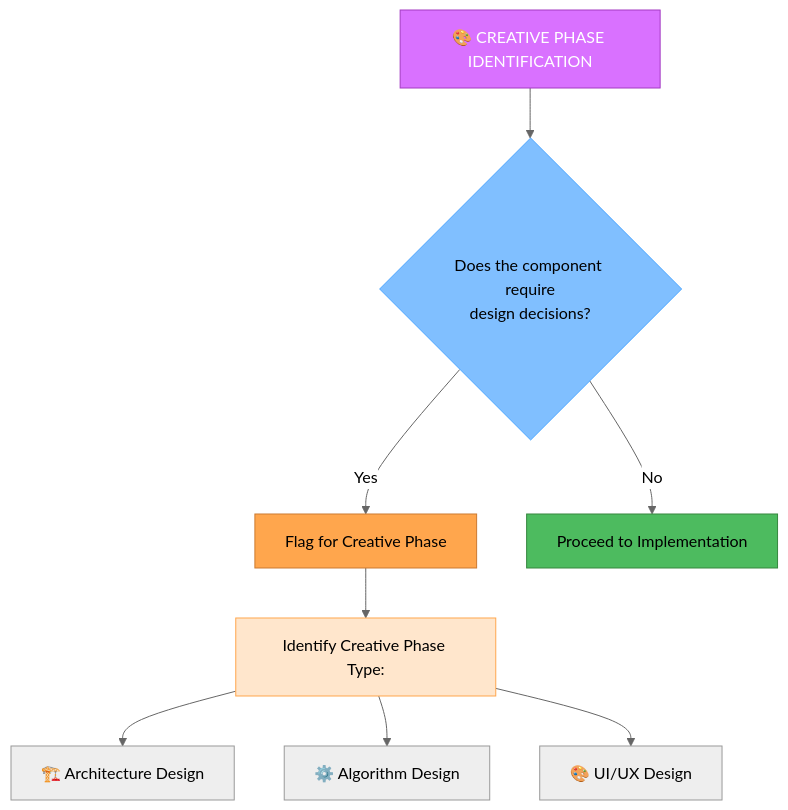
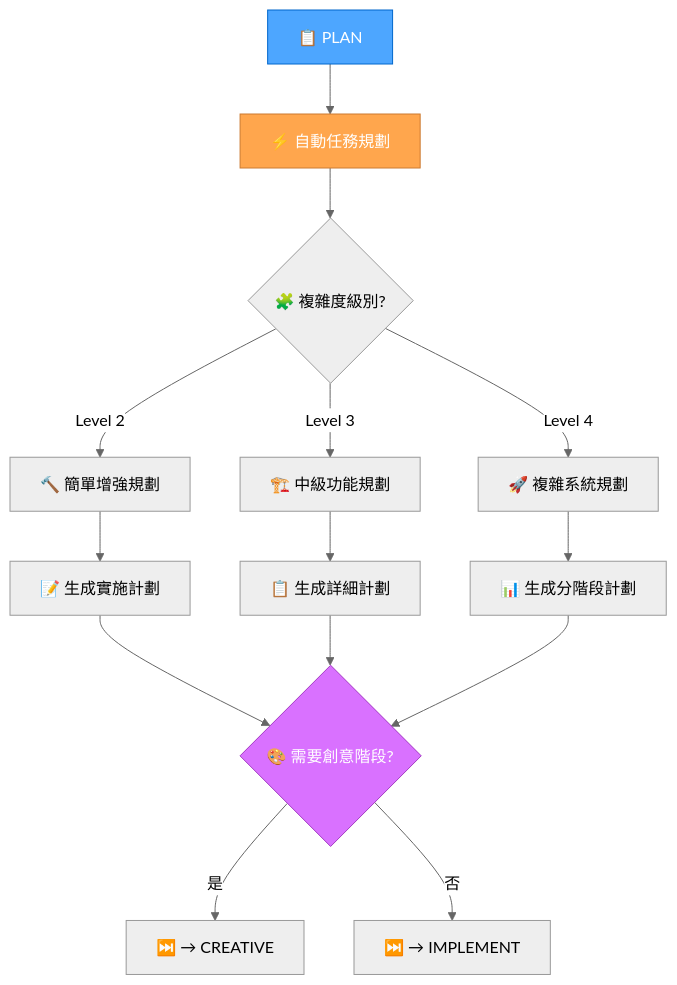
Before and after one commit to 7Spade/cursor-memory-bank: the diagram in .cursor/rules/isolation_rules/Modes/plan-mode-detailed.mdc, drawn with Mermaid (neutral theme). The commit also changed other lines of this file and 13 other files, not shown here.

Commit message:
資訊密度分岔refactor: Update dashboard component to handle undefined profile properties gracefully; implement fallback values for name, email, and roles to enhance user experience

````diff
--- a/.cursor/rules/isolation_rules/Modes/plan-mode-detailed.mdc
+++ b/.cursor/rules/isolation_rules/Modes/plan-mode-detailed.mdc
@@ -192,17 +11,24 @@
 ```mermaid
 graph TD
-    CPI["🎨 CREATIVE PHASE IDENTIFICATION"] --> Question{"Does the component require<br>design decisions?"}
-    Question -->|"Yes"| Identify["Flag for Creative Phase"]
-    Question -->|"No"| Skip["Proceed to Implementation"]
+    Start["📋 PLAN"] --> AutoPlan["⚡ 自動任務規劃"]
+    AutoPlan --> Level{"🧩 複雜度級別?"}
     
-    Identify --> Types["Identify Creative Phase Type:"]
-    Types --> A["🏗️ Architecture Design"]
-    Types --> B["⚙️ Algorithm Design"]
-    Types --> C["🎨 UI/UX Design"]
+    Level -->|"Level 2"| L2["🔨 簡單增強規劃"]
+    Level -->|"Level 3"| L3["🏗️ 中級功能規劃"]
+    Level -->|"Level 4"| L4["🚀 複雜系統規劃"]
     
-    style CPI fill:#d971ff,stroke:#a33bc2,color:white
-    style Question fill:#80bfff,stroke:#4da6ff,color:black
-    style Identify fill:#ffa64d,stroke:#cc7a30,color:black
-    style Skip fill:#4dbb5f,stroke:#36873f,color:black
-    style Types fill:#ffe6cc,stroke:#ffa64d,color:black
+    L2 --> L2Plan["📝 生成實施計劃"]
+    L3 --> L3Plan["📋 生成詳細計劃"]
+    L4 --> L4Plan["📊 生成分階段計劃"]
+    
+    L2Plan --> Creative{"🎨 需要創意階段?"}
+    L3Plan --> Creative
+    L4Plan --> Creative
+    
+    Creative -->|"是"| NextCreative["⏭️ → CREATIVE"]
+    Creative -->|"否"| NextImplement["⏭️ → IMPLEMENT"]
+    
+    style Start fill:#4da6ff,stroke:#0066cc,color:white
+    style AutoPlan fill:#ffa64d,stroke:#cc7a30,color:white
+    style Creative fill:#d971ff,stroke:#a33bc2,color:white
 ```
````
